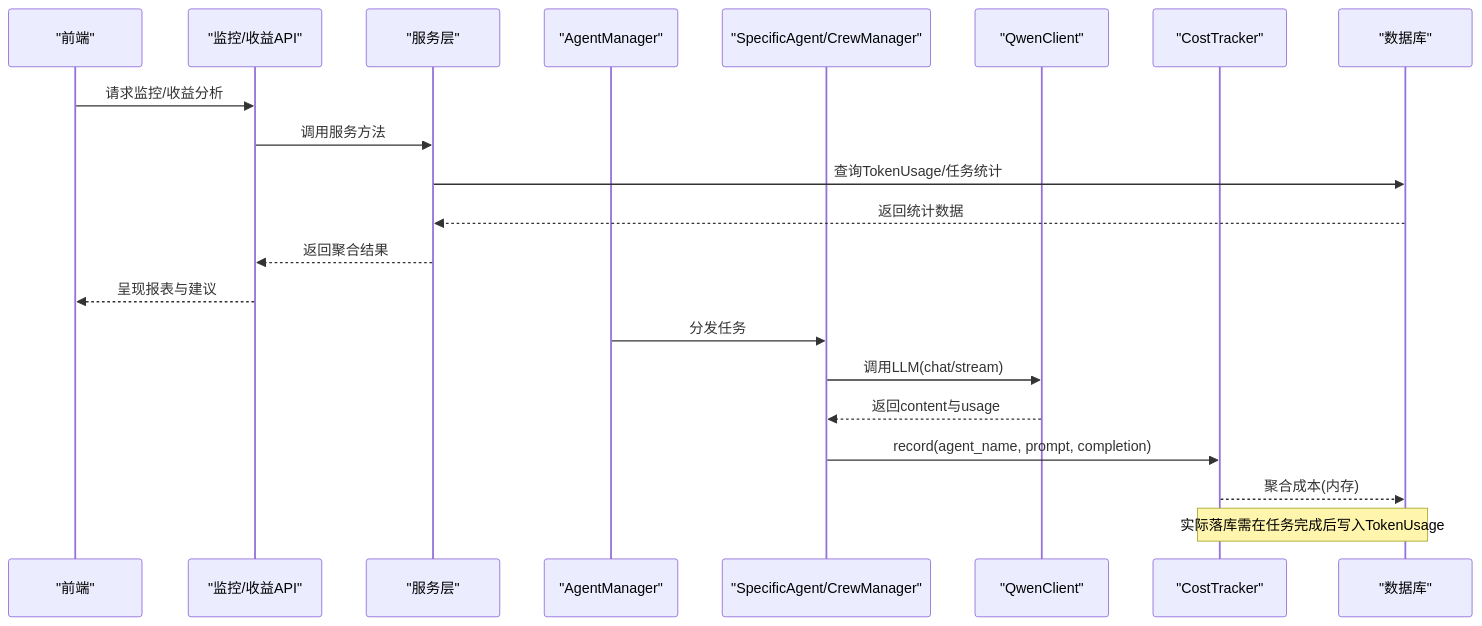
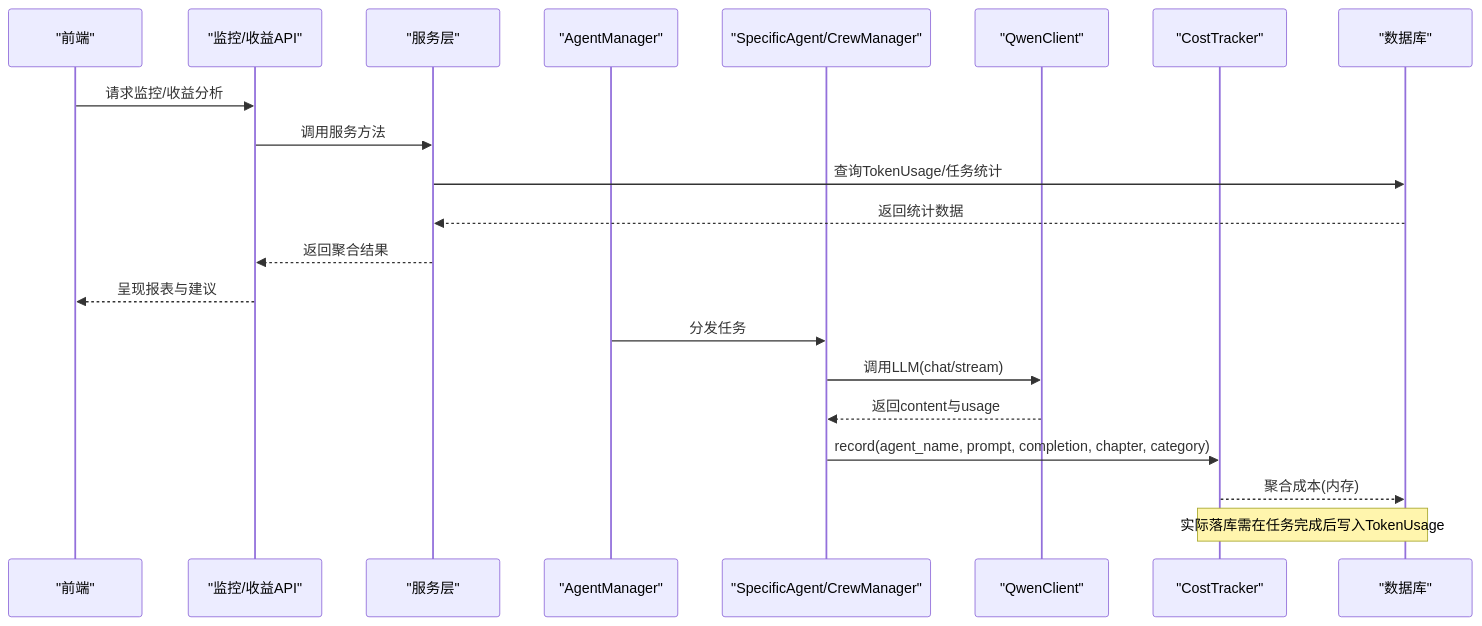
One commit to xfbyxq/ai-novel-system changed the second of 7 diagrams in .qoder/repowiki/zh/content/LLM集成架构/成本追踪系统.md. Above: the diagram before and after it, drawn with Mermaid. The commit also changed other lines of this file and 17 other files, not shown here.

````diff
--- a/.qoder/repowiki/zh/content/LLM集成架构/成本追踪系统.md
+++ b/.qoder/repowiki/zh/content/LLM集成架构/成本追踪系统.md
@@ -137,23 +131,23 @@
 ```mermaid
 sequenceDiagram
 participant FE as "前端"
 participant API as "监控/收益API"
 participant SVC as "服务层"
 participant AGM as "AgentManager"
 participant AG as "SpecificAgent/CrewManager"
 participant QW as "QwenClient"
 participant CT as "CostTracker"
 participant DB as "数据库"
 FE->>API : 请求监控/收益分析
 API->>SVC : 调用服务方法
 SVC->>DB : 查询TokenUsage/任务统计
 DB-->>SVC : 返回统计数据
 SVC-->>API : 返回聚合结果
 API-->>FE : 呈现报表与建议
 AGM->>AG : 分发任务
 AG->>QW : 调用LLM(chat/stream)
 QW-->>AG : 返回content与usage
-AG->>CT : record(agent_name, prompt, completion)
+AG->>CT : record(agent_name, prompt, completion, chapter, category)
 CT-->>DB : 聚合成本(内存)
 note over CT,DB : 实际落库需在任务完成后写入TokenUsage
 ```
````
